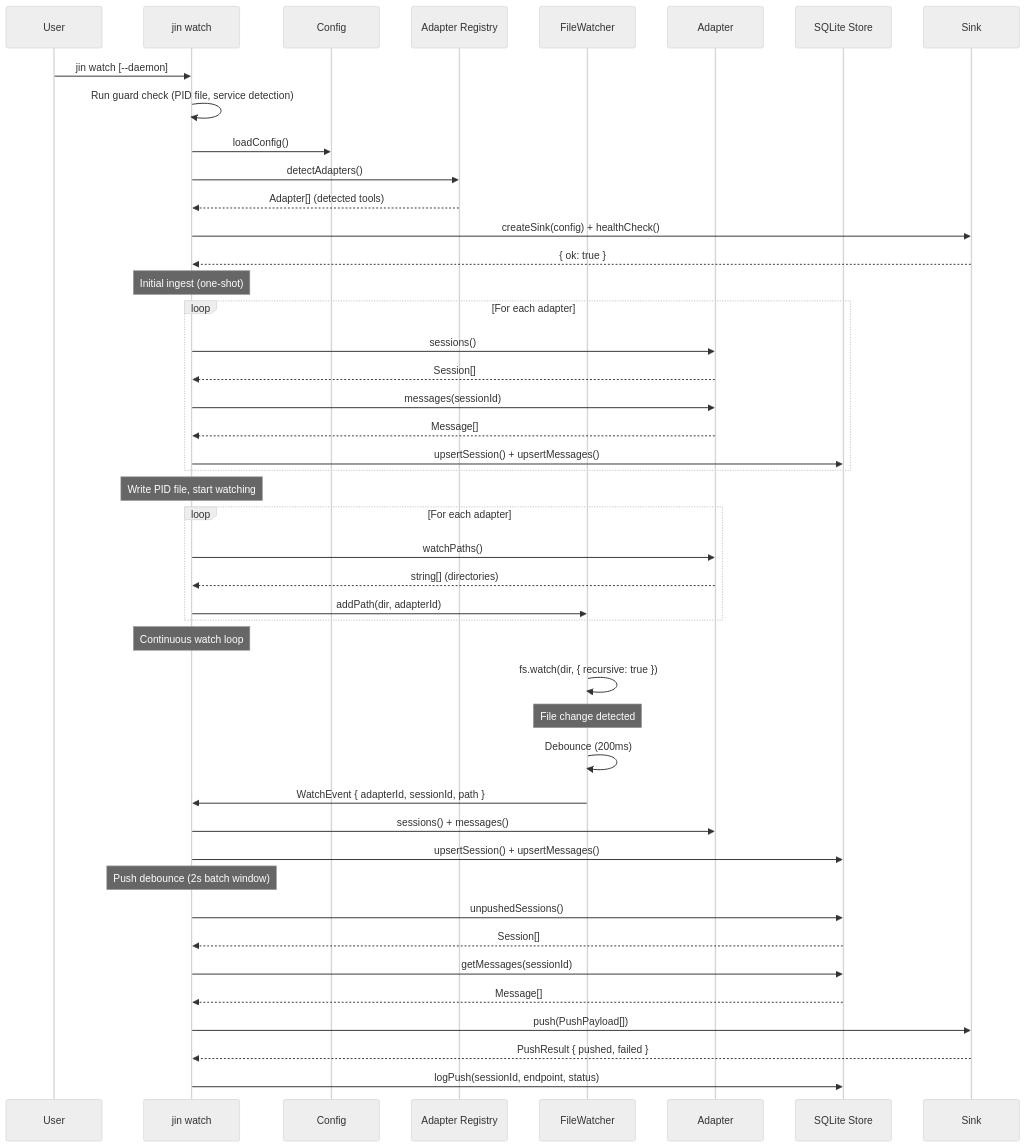
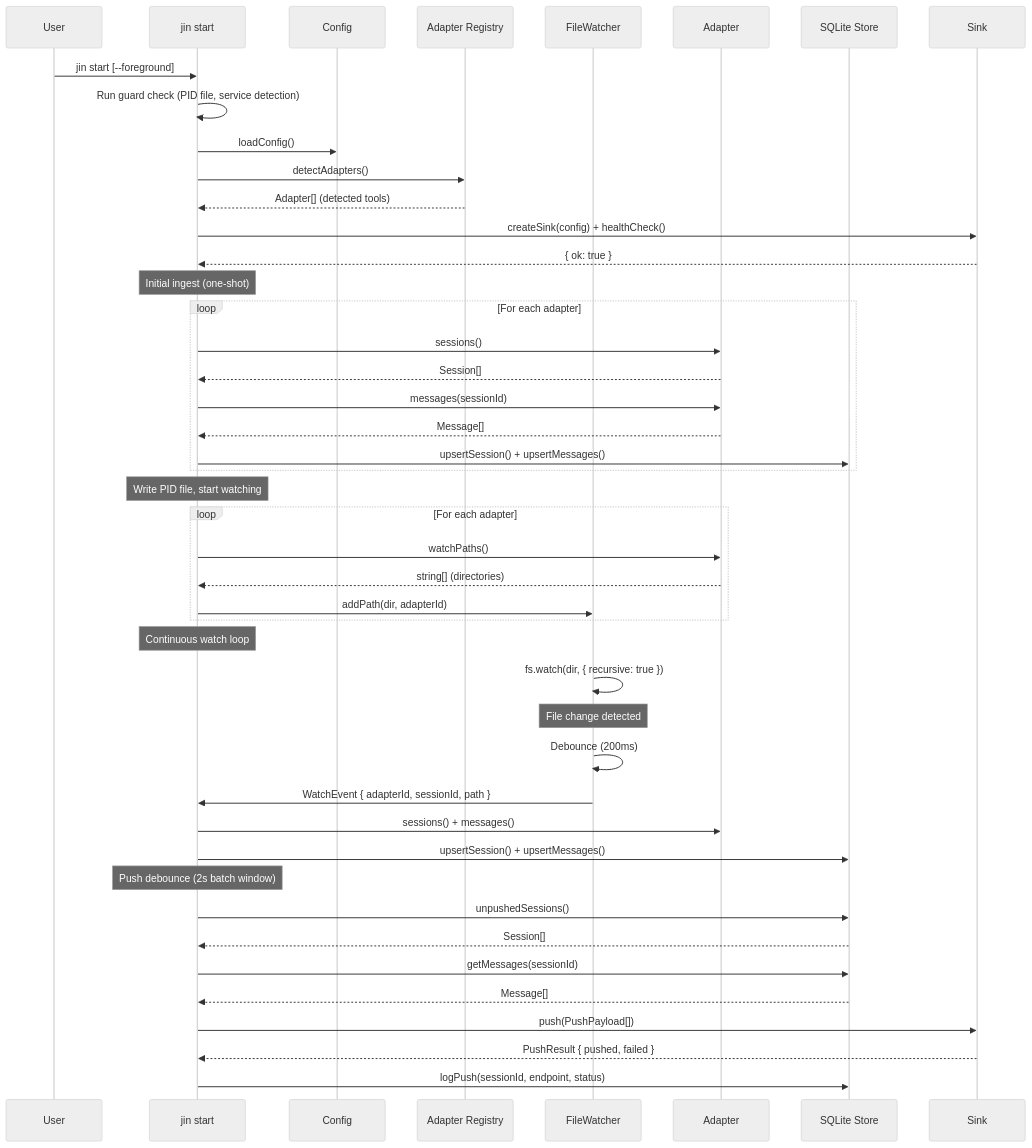
The second of 3 diagrams in contributing/ELI5/DATA_FLOW.md (mendeleden/jin), drawn with Mermaid (neutral theme) before and after one commit. The commit also changed other lines of this file and 20 other files, not shown here.

````diff
--- a/contributing/ELI5/DATA_FLOW.md
+++ b/contributing/ELI5/DATA_FLOW.md
@@ -50,53 +50,53 @@
 ```mermaid
 sequenceDiagram
     participant User
-    participant CLI as jin watch
+    participant CLI as jin start
     participant Cfg as Config
     participant Reg as Adapter Registry
     participant FW as FileWatcher
     participant Adapter
     participant Store as SQLite Store
     participant Sink
 
-    User->>CLI: jin watch [--daemon]
+    User->>CLI: jin start [--foreground]
     CLI->>CLI: Run guard check (PID file, service detection)
     CLI->>Cfg: loadConfig()
     CLI->>Reg: detectAdapters()
     Reg-->>CLI: Adapter[] (detected tools)
     CLI->>Sink: createSink(config) + healthCheck()
     Sink-->>CLI: { ok: true }
 
     Note over CLI: Initial ingest (one-shot)
     loop For each adapter
         CLI->>Adapter: sessions()
         Adapter-->>CLI: Session[]
         CLI->>Adapter: messages(sessionId)
         Adapter-->>CLI: Message[]
         CLI->>Store: upsertSession() + upsertMessages()
     end
 
     Note over CLI: Write PID file, start watching
     loop For each adapter
         CLI->>Adapter: watchPaths()
         Adapter-->>CLI: string[] (directories)
         CLI->>FW: addPath(dir, adapterId)
     end
 
     Note over CLI: Continuous watch loop
     FW->>FW: fs.watch(dir, { recursive: true })
 
     Note over FW: File change detected
     FW->>FW: Debounce (200ms)
     FW->>CLI: WatchEvent { adapterId, sessionId, path }
     CLI->>Adapter: sessions() + messages()
     CLI->>Store: upsertSession() + upsertMessages()
 
     Note over CLI: Push debounce (2s batch window)
     CLI->>Store: unpushedSessions()
     Store-->>CLI: Session[]
     CLI->>Store: getMessages(sessionId)
     Store-->>CLI: Message[]
     CLI->>Sink: push(PushPayload[])
     Sink-->>CLI: PushResult { pushed, failed }
     CLI->>Store: logPush(sessionId, endpoint, status)
 ```
````
